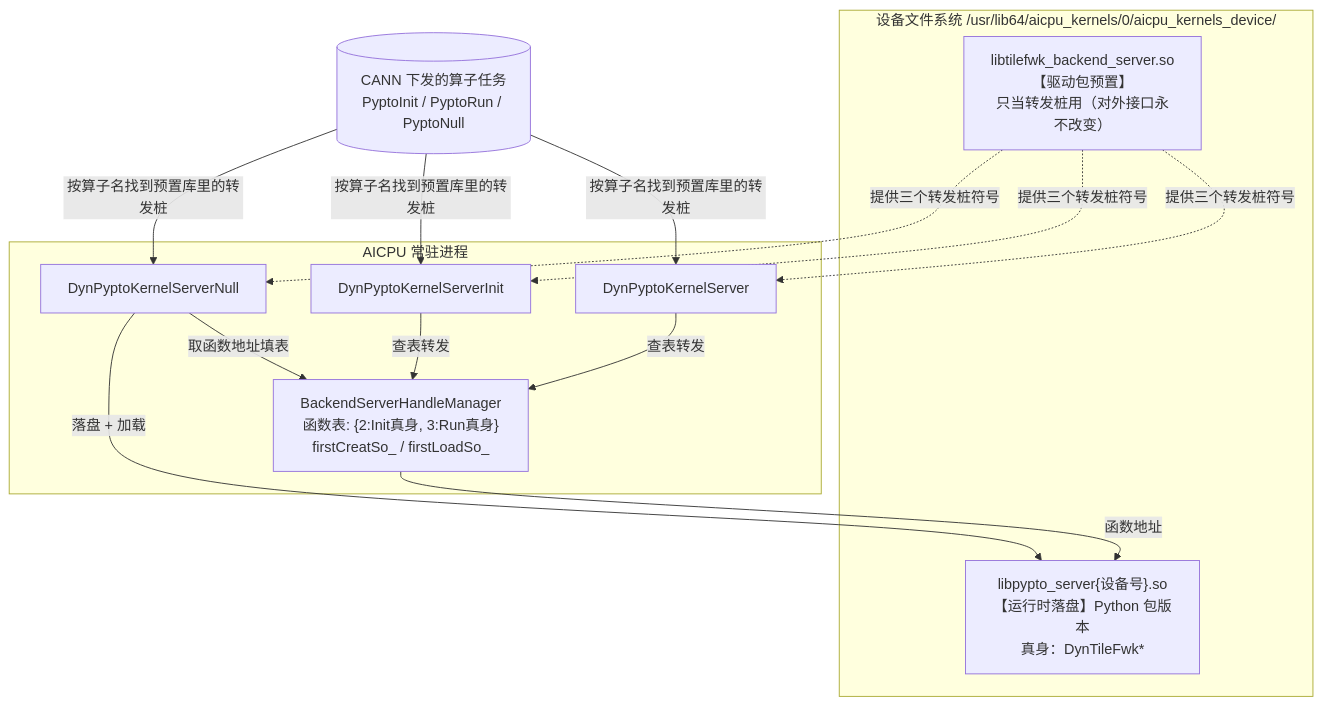
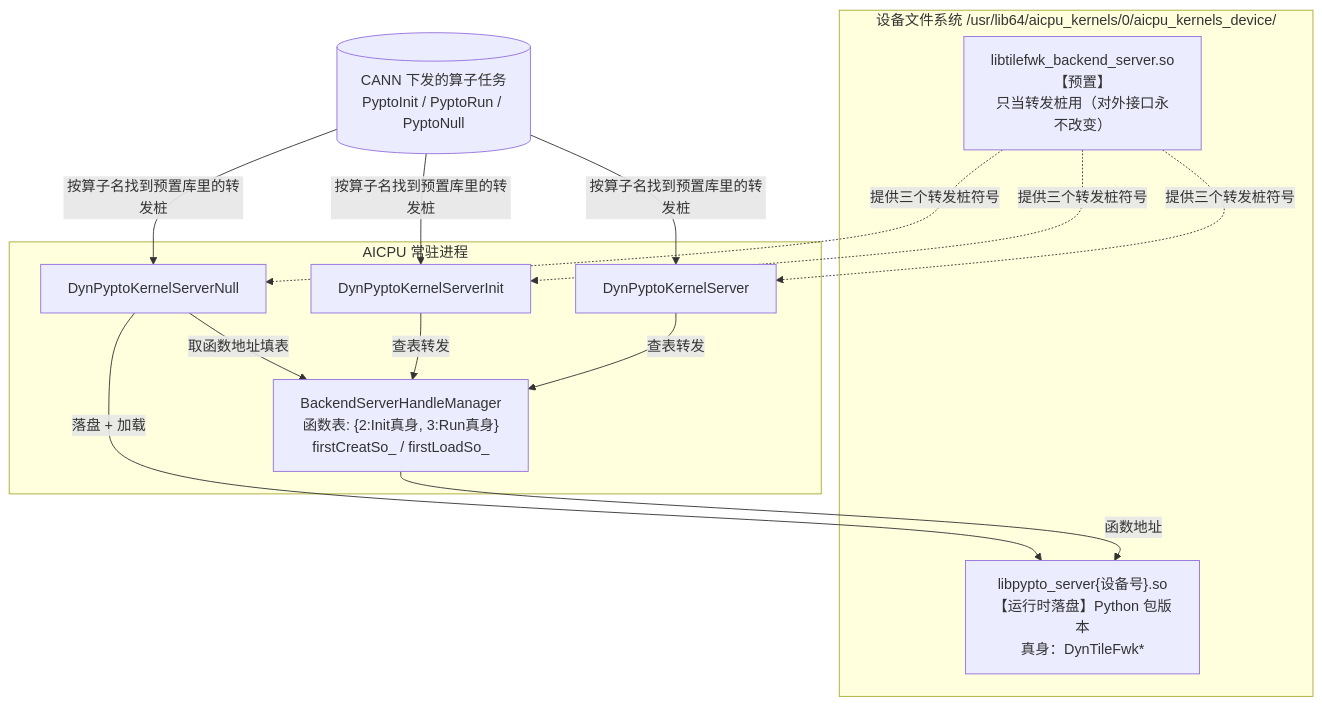
The second of 2 diagrams in docs/310p/pypto-so部署机制解析.md (10wvw01/memfabric_hybrid), drawn with Mermaid before and after one commit. The commit also changed other lines of this file, not shown here.

````diff
--- a/docs/310p/pypto-so部署机制解析.md
+++ b/docs/310p/pypto-so部署机制解析.md
@@ -208,20 +236,20 @@
 ```mermaid
 flowchart TB
     subgraph FS["设备文件系统 /usr/lib64/aicpu_kernels/0/aicpu_kernels_device/"]
-        OLD["libtilefwk_backend_server.so<br/>【驱动包预置】<br/>只当转发桩用（对外接口永不改变）"]
+        OLD["libtilefwk_backend_server.so<br/>【预置】<br/>只当转发桩用（对外接口永不改变）"]
         NEW["libpypto_server{设备号}.so<br/>【运行时落盘】Python 包版本<br/>真身：DynTileFwk*"]
     end
     subgraph PROC["AICPU 常驻进程"]
         MAP["BackendServerHandleManager<br/>函数表: {2:Init真身, 3:Run真身}<br/>firstCreatSo_ / firstLoadSo_"]
         TR1["DynPyptoKernelServerInit"]
         TR2["DynPyptoKernelServer"]
         TR3["DynPyptoKernelServerNull"]
     end
     R2[("CANN 下发的算子任务<br/>PyptoInit / PyptoRun / PyptoNull")]
     R2 -->|"按算子名找到预置库里的转发桩"| TR1 & TR2 & TR3
     TR3 -->|"落盘 + 加载"| NEW
     TR3 -->|"取函数地址填表"| MAP
     TR1 & TR2 -->|"查表转发"| MAP
     MAP -->|"函数地址"| NEW
     OLD -.->|"提供三个转发桩符号"| TR1 & TR2 & TR3
 ```
````
